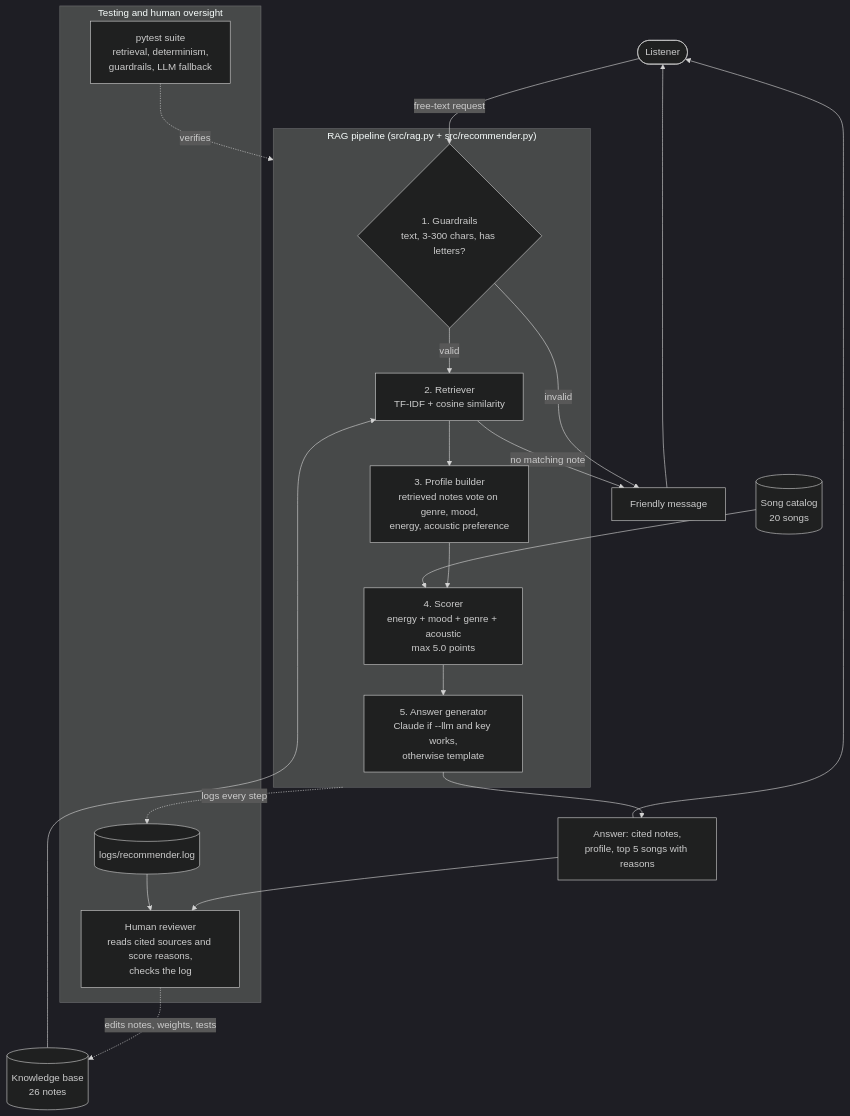
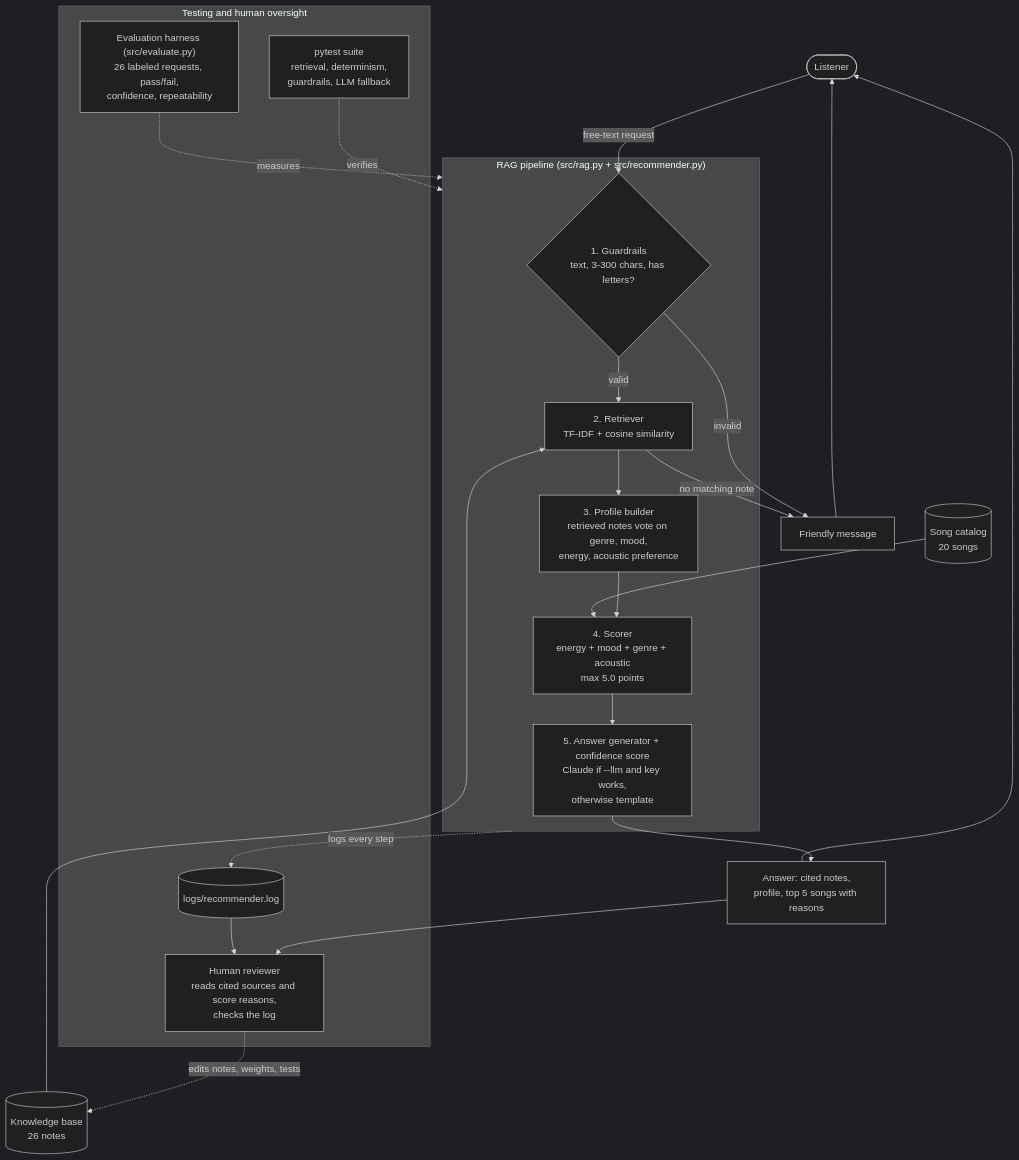
One commit to Shahad-Hossain/applied-ai-system-project changed the diagram in diagrams/architecture.mmd. Above: the diagram before and after it, drawn with Mermaid (dark theme). The commit also changed 5 other files, not shown here.

First line of the commit message:
Add confidence scoring and an evaluation harness

```diff
--- a/diagrams/architecture.mmd
+++ b/diagrams/architecture.mmd
@@ -1,32 +1,34 @@
 flowchart TD
     User([Listener]) -->|"free-text request"| Guard
 
     subgraph PIPE["RAG pipeline (src/rag.py + src/recommender.py)"]
         Guard{"1. Guardrails<br/>text, 3-300 chars, has letters?"}
         Retriever["2. Retriever<br/>TF-IDF + cosine similarity"]
         Profile["3. Profile builder<br/>retrieved notes vote on genre, mood,<br/>energy, acoustic preference"]
         Scorer["4. Scorer<br/>energy + mood + genre + acoustic<br/>max 5.0 points"]
-        Generate["5. Answer generator<br/>Claude if --llm and key works,<br/>otherwise template"]
+        Generate["5. Answer generator + confidence score<br/>Claude if --llm and key works,<br/>otherwise template"]
         Guard -->|valid| Retriever --> Profile --> Scorer --> Generate
     end
 
     KB[("Knowledge base<br/>26 notes")] --> Retriever
     Catalog[("Song catalog<br/>20 songs")] --> Scorer
 
     Guard -->|invalid| Msg["Friendly message"]
     Retriever -->|"no matching note"| Msg
     Msg --> User
     Generate --> Answer["Answer: cited notes,<br/>profile, top 5 songs with reasons"]
     Answer --> User
 
     subgraph CHECKS["Testing and human oversight"]
         Tests["pytest suite<br/>retrieval, determinism,<br/>guardrails, LLM fallback"]
+        Eval["Evaluation harness (src/evaluate.py)<br/>26 labeled requests, pass/fail,<br/>confidence, repeatability"]
         Log[("logs/recommender.log")]
         Human["Human reviewer<br/>reads cited sources and score reasons,<br/>checks the log"]
     end
 
     Tests -.->|verifies| PIPE
+    Eval -.->|measures| PIPE
     PIPE -.->|"logs every step"| Log
     Answer --> Human
     Log --> Human
     Human -.->|"edits notes, weights, tests"| KB
```
